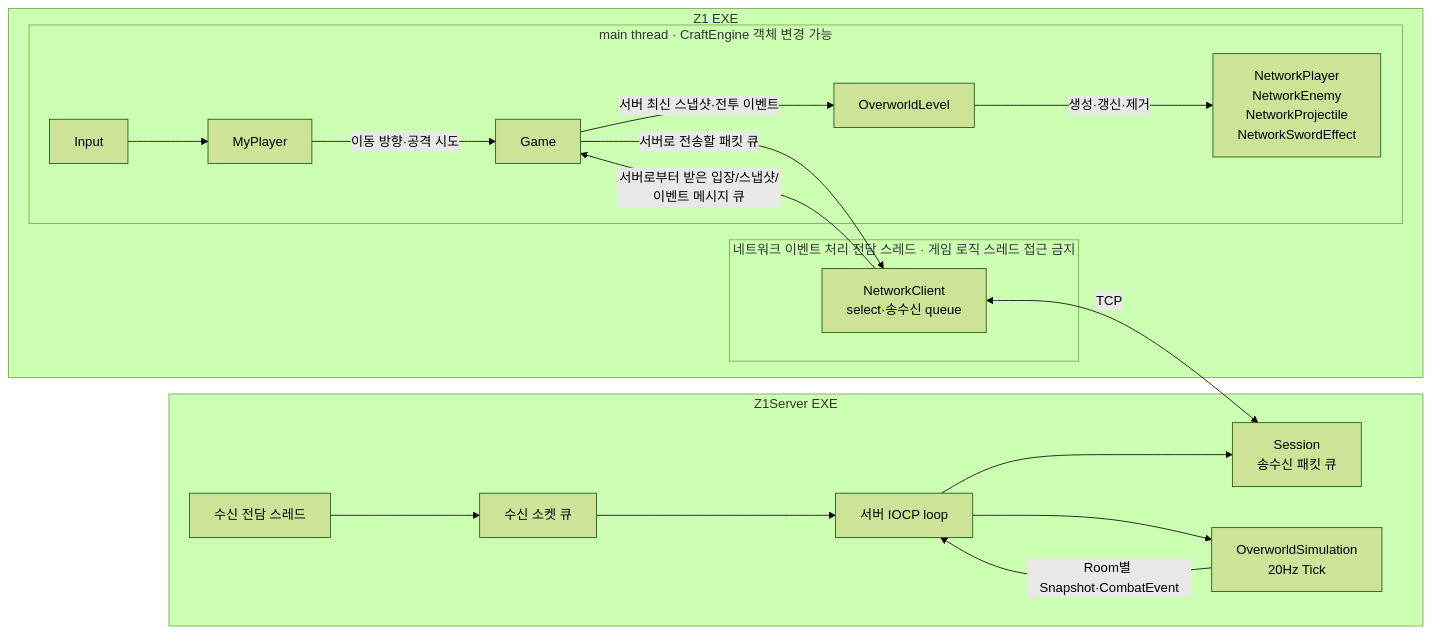
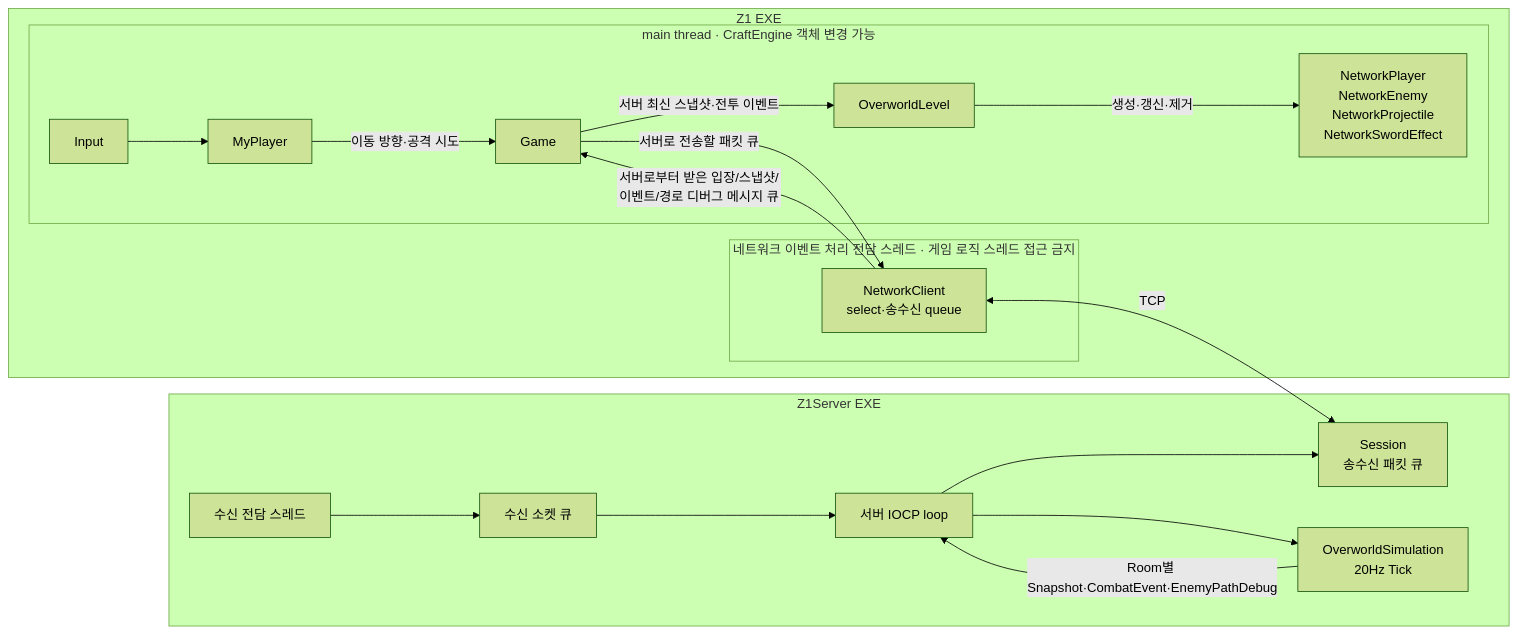
One commit to 9kyo-hwang/ConsoleGameProject changed the first of 3 diagrams in docs/z1/ARCHITECTURE.md. Above: the diagram before and after it, drawn with Mermaid (forest theme). The commit also changed other lines of this file and 17 other files, not shown here.

````diff
--- a/docs/z1/ARCHITECTURE.md
+++ b/docs/z1/ARCHITECTURE.md
@@ -72,39 +72,39 @@
 ```mermaid
 flowchart LR
     subgraph Client[Z1 EXE]
         subgraph MainThread[main thread · CraftEngine 객체 변경 가능]
             Input[Input]
             MyPlayer[MyPlayer]
             Game[Game]
             Level[OverworldLevel]
             Actors[NetworkPlayer<br/>NetworkEnemy<br/>NetworkProjectile<br/>NetworkSwordEffect]
 
             Input --> MyPlayer
             MyPlayer -->|이동 방향·공격 시도| Game
             Game -->|서버 최신 스냅샷·전투 이벤트| Level
             Level -->|생성·갱신·제거| Actors
         end
 
         subgraph NetworkThread[네트워크 이벤트 처리 전담 스레드 · 게임 로직 스레드 접근 금지]
             ClientNetwork[NetworkClient<br/>select·송수신 queue]
         end
 
         Game -->|서버로 전송할 패킷 큐| ClientNetwork
-        ClientNetwork -->|서버로부터 받은 입장/스냅샷/이벤트 메시지 큐| Game
+        ClientNetwork -->|서버로부터 받은 입장/스냅샷/이벤트/경로 디버그 메시지 큐| Game
     end
 
     subgraph Server[Z1Server EXE]
         Accept[수신 전담 스레드]
         Accepted[수신 소켓 큐]
         IOLoop[서버 IOCP loop]
         Session[Session<br/>송수신 패킷 큐]
         Simulation[OverworldSimulation<br/>20Hz Tick]
 
         Accept --> Accepted --> IOLoop
         IOLoop --> Session
         IOLoop --> Simulation
-        Simulation -->|Room별 Snapshot·CombatEvent| IOLoop
+        Simulation -->|Room별 Snapshot·CombatEvent·EnemyPathDebug| IOLoop
     end
 
     ClientNetwork <-->|TCP| Session
 ```
````
